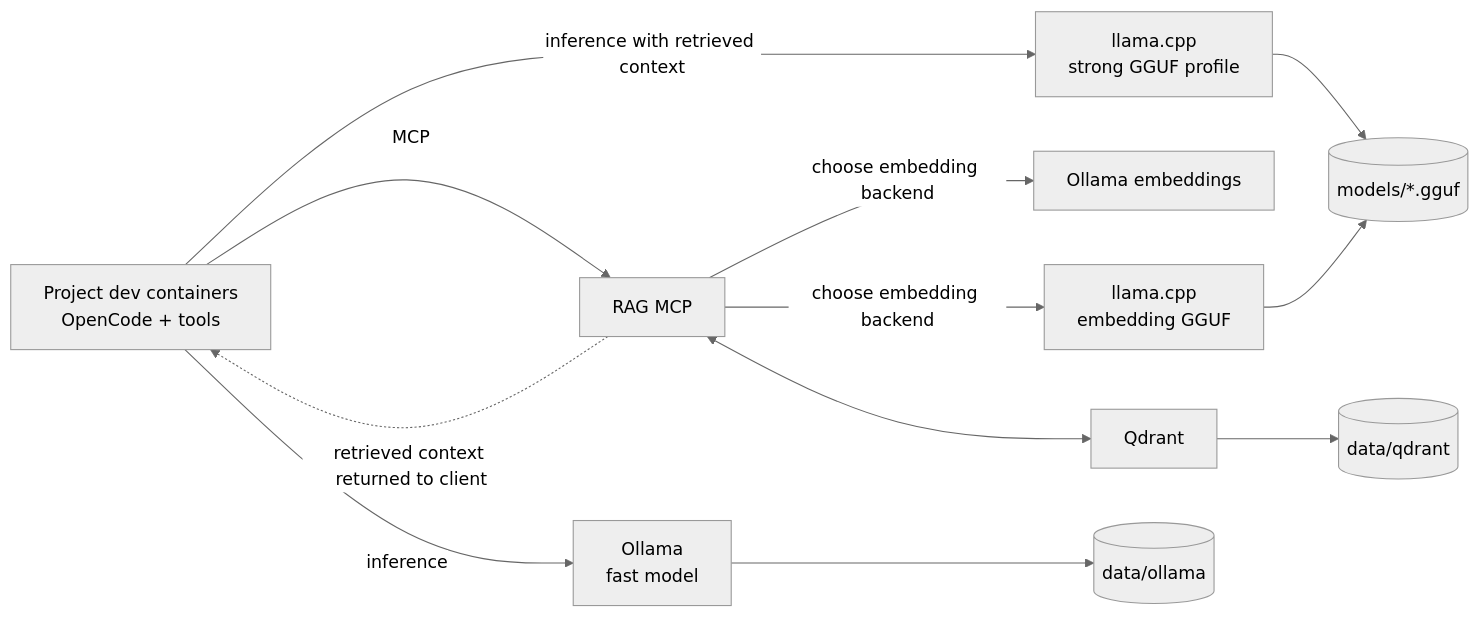
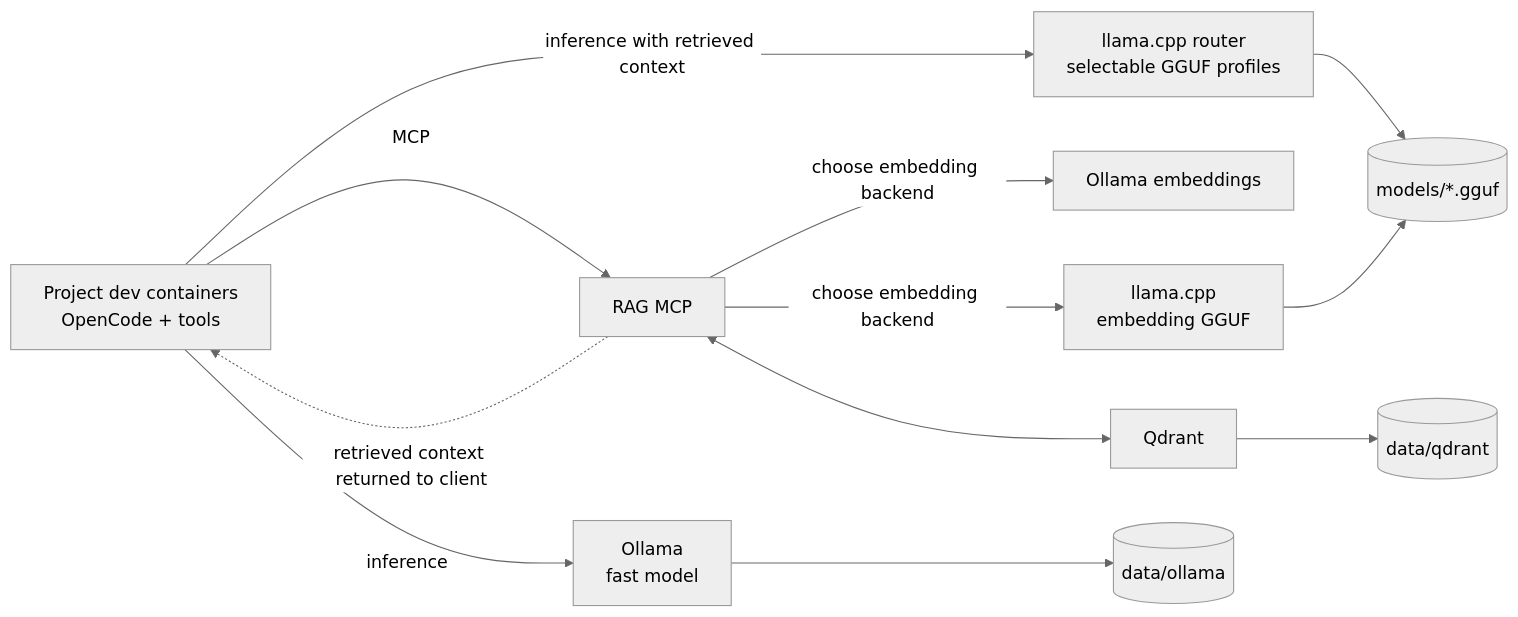
One commit to ktzevani/coding-assistance-infra changed the diagram in README.md. Above: the diagram before and after it, drawn with Mermaid (neutral theme). The commit also changed other lines of this file and 20 other files, not shown here.

First line of the commit message:
Document llama.cpp routing profiles and reorganize configuration

````diff
--- a/README.md
+++ b/README.md
@@ -11,14 +11,14 @@
 ```mermaid
 flowchart LR
   P[Project dev containers<br/>OpenCode + tools] -->|inference| O[Ollama<br/>fast model]
-  P -->|inference with retrieved context| L[llama.cpp<br/>strong GGUF profile]
+  P -->|inference with retrieved context| L[llama.cpp router<br/>selectable GGUF profiles]
   P -->|MCP| R[RAG MCP]
   R -->|choose embedding backend| OE[Ollama embeddings]
   R -->|choose embedding backend| GE[llama.cpp<br/>embedding GGUF]
   R <--> Q[Qdrant]
   R -.->|retrieved context returned to client| P
   O --> D[(data/ollama)]
   L --> M[(models/*.gguf)]
   GE --> M
   Q --> V[(data/qdrant)]
 ```
````
